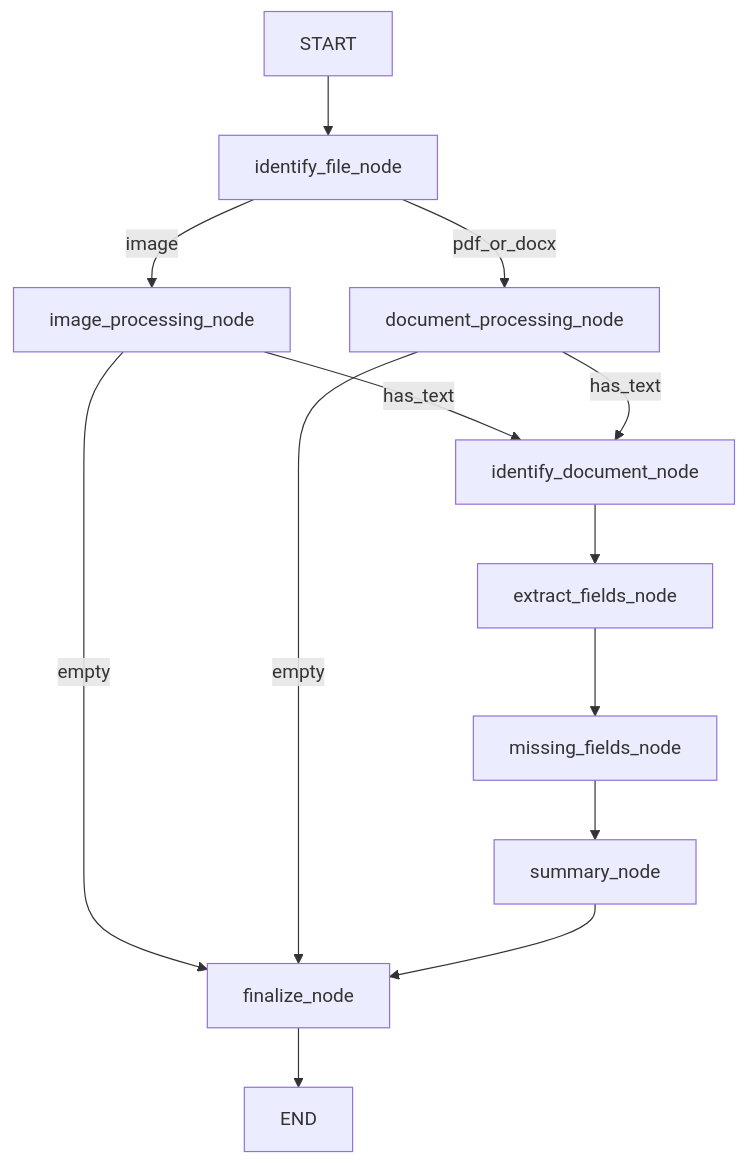
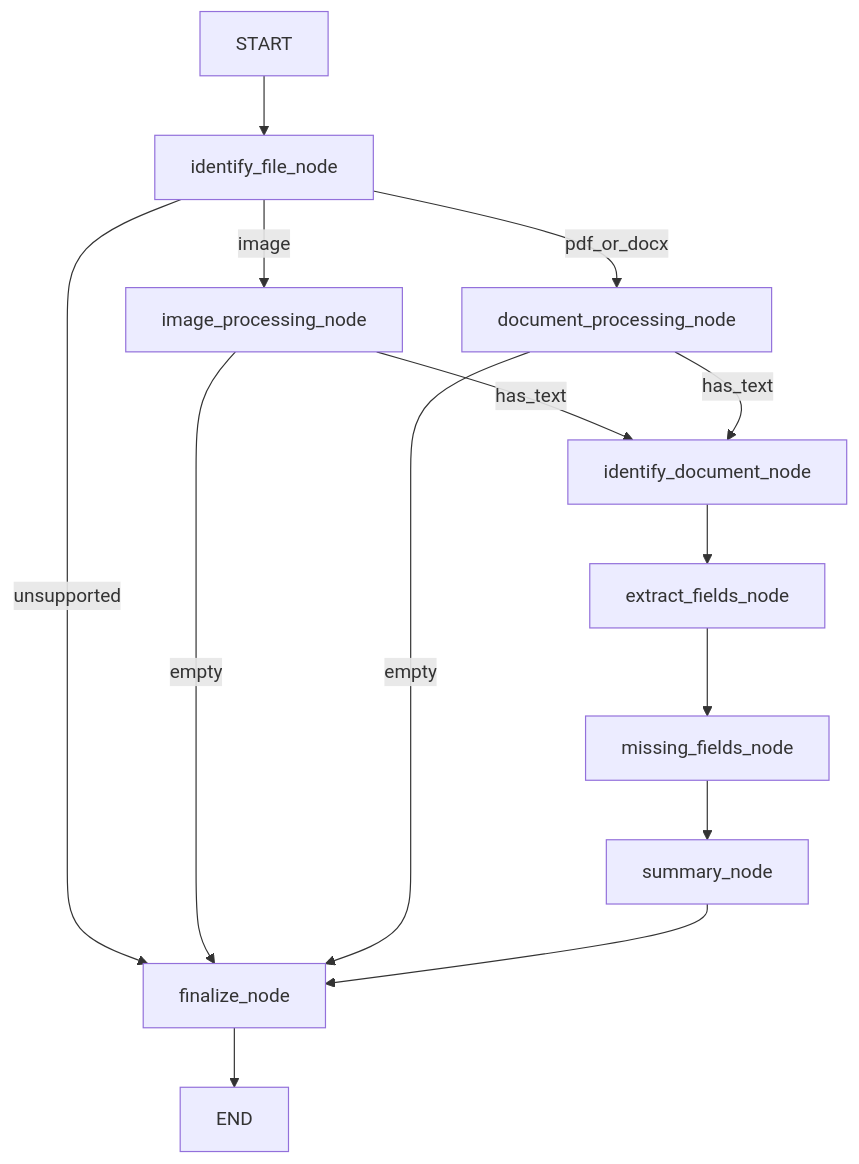
Before and after one commit to haseebpvt/ai-customer-document-assistant: the diagram in docs/langgraph.md, drawn with Mermaid. The commit also changed other lines of this file and 6 other files, not shown here.

````diff
--- a/docs/langgraph.md
+++ b/docs/langgraph.md
@@ -7,15 +7,16 @@
 ```mermaid
 flowchart TD
   startNode[START] --> identifyFile[identify_file_node]
+  identifyFile -->|unsupported| finalize[finalize_node]
   identifyFile -->|image| imageProc[image_processing_node]
   identifyFile -->|pdf_or_docx| docProc[document_processing_node]
   imageProc -->|has_text| identifyDoc[identify_document_node]
   imageProc -->|empty| finalize[finalize_node]
   docProc -->|has_text| identifyDoc
   docProc -->|empty| finalize
   identifyDoc --> extract[extract_fields_node]
   extract --> missing[missing_fields_node]
   missing --> summary[summary_node]
   summary --> finalize
   finalize --> endNode[END]
 ```
````
